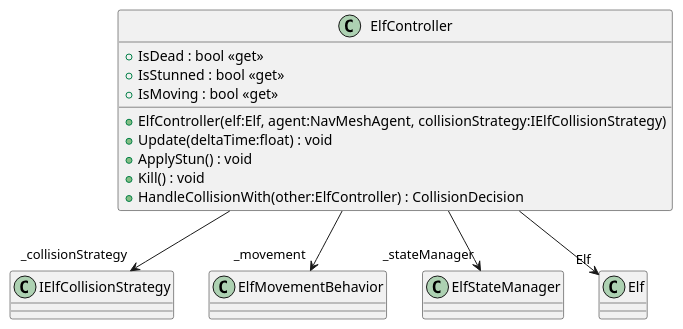
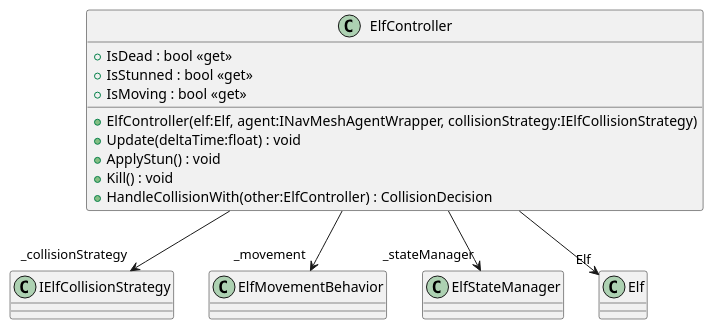
One commit to felipemmax/ExplodingElves changed the diagram in puml/Assets/ExplodingElves/Scripts/Core/Characters/ElfController.puml. Above: the diagram before and after it, drawn with PlantUML. The commit also changed 21 other files, not shown here.

Commit message:
Adding the UML Diagram;

```diff
--- a/puml/Assets/ExplodingElves/Scripts/Core/Characters/ElfController.puml
+++ b/puml/Assets/ExplodingElves/Scripts/Core/Characters/ElfController.puml
@@ -1,16 +1,16 @@
 @startuml
 class ElfController {
-    + ElfController(elf:Elf, agent:NavMeshAgent, collisionStrategy:IElfCollisionStrategy)
+    + ElfController(elf:Elf, agent:INavMeshAgentWrapper, collisionStrategy:IElfCollisionStrategy)
     + IsDead : bool <<get>>
     + IsStunned : bool <<get>>
     + IsMoving : bool <<get>>
     + Update(deltaTime:float) : void
     + ApplyStun() : void
     + Kill() : void
     + HandleCollisionWith(other:ElfController) : CollisionDecision
 }
 ElfController --> "_collisionStrategy" IElfCollisionStrategy
 ElfController --> "_movement" ElfMovementBehavior
 ElfController --> "_stateManager" ElfStateManager
 ElfController --> "Elf" Elf
 @enduml
```
